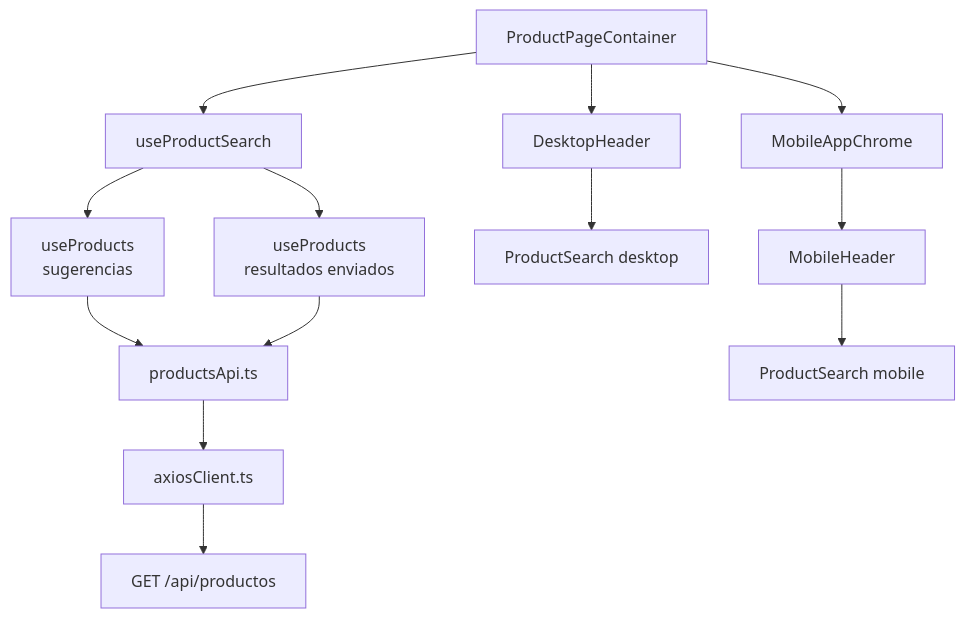
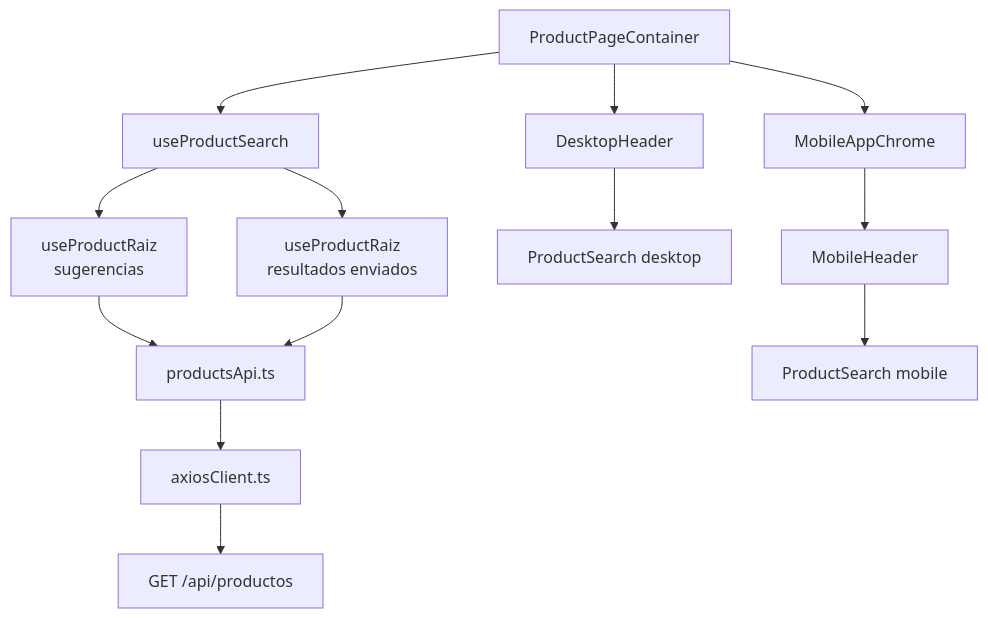
The first of 4 diagrams in documentacion/GUIA_BARRA_BUSQUEDA_PRODUCTOS.md (BrandonAlbertt/ecommerce-sosaimpor-frontend), drawn with Mermaid before and after one commit. The commit also changed other lines of this file and 23 other files, not shown here.

````diff
--- a/documentacion/GUIA_BARRA_BUSQUEDA_PRODUCTOS.md
+++ b/documentacion/GUIA_BARRA_BUSQUEDA_PRODUCTOS.md
@@ -7,16 +7,16 @@
 ```mermaid
 flowchart TD
   A[ProductPageContainer] --> B[useProductSearch]
-  B --> C[useProducts<br/>sugerencias]
-  B --> D[useProducts<br/>resultados enviados]
+  B --> C[useProductRaiz<br/>sugerencias]
+  B --> D[useProductRaiz<br/>resultados enviados]
   C --> E[productsApi.ts]
   D --> E
   E --> F[axiosClient.ts]
   F --> G[GET /api/productos]
 
   A --> H[DesktopHeader]
   A --> I[MobileAppChrome]
   H --> J[ProductSearch desktop]
   I --> K[MobileHeader]
   K --> L[ProductSearch mobile]
 ```
````
